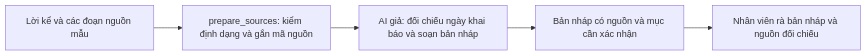
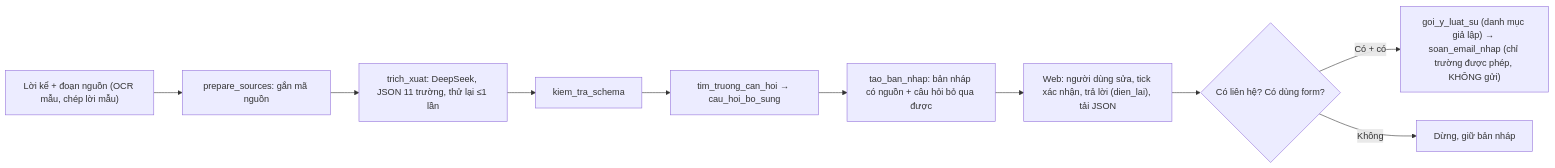
Before and after one commit to Ama2352/K5-Day15-L3B-TeaParty: the second of 2 diagrams in spec.md, drawn with Mermaid. The commit also changed other lines of this file and 10 other files, not shown here.

````diff
--- a/spec.md
+++ b/spec.md
@@ -89,7 +89,12 @@
   ```mermaid
   flowchart LR
-    A["Lời kể và các đoạn nguồn mẫu"] --> B["prepare_sources: kiểm định dạng và gắn mã nguồn"]
-    B --> C["AI giả: đối chiếu ngày khai báo và soạn bản nháp"]
-    C --> D["Bản nháp có nguồn và mục cần xác nhận"]
-    D --> E["Nhân viên rà bản nháp và nguồn đối chiếu"]
+    A["Lời kể + đoạn nguồn (OCR mẫu, chép lời mẫu)"] --> B["prepare_sources: gắn mã nguồn"]
+    B --> C["trich_xuat: DeepSeek, JSON 11 trường, thử lại ≤1 lần"]
+    C --> D["kiem_tra_schema"]
+    D --> E["tim_truong_can_hoi → cau_hoi_bo_sung"]
+    E --> F["tao_ban_nhap: bản nháp có nguồn + câu hỏi bỏ qua được"]
+    F --> G["Web: người dùng sửa, tick xác nhận, trả lời (dien_lai), tải JSON"]
+    G --> H{"Có liên hệ? Có dùng form?"}
+    H -->|Có + có| I["goi_y_luat_su (danh mục giả lập) → soan_email_nhap (chỉ trường được phép, KHÔNG gửi)"]
+    H -->|Không| J["Dừng, giữ bản nháp"]
   ```
````
